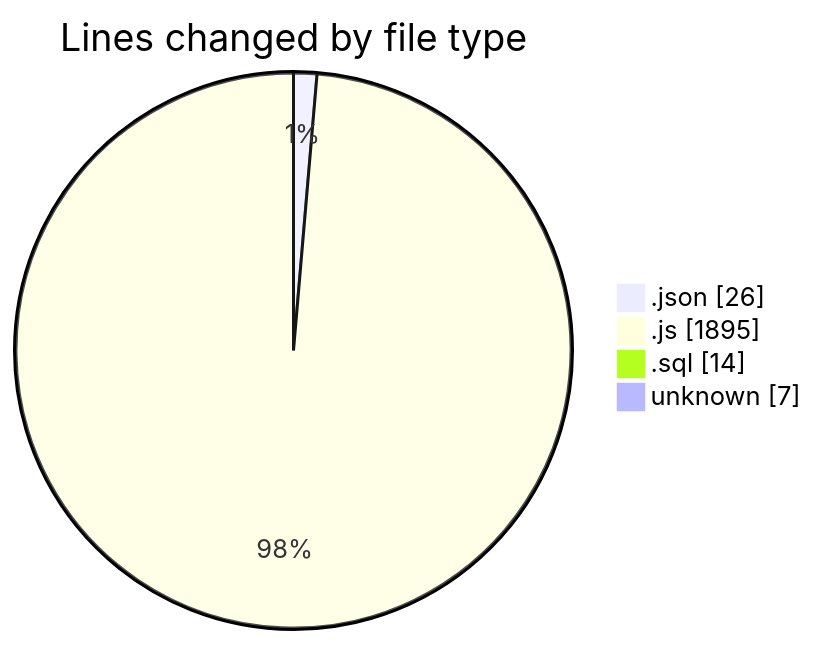
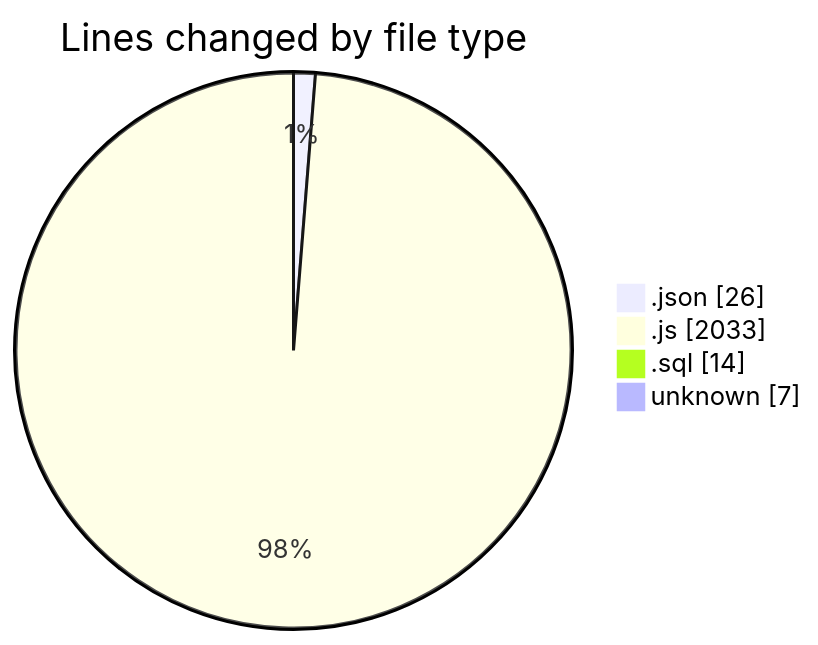
The first of 2 diagrams in 2025-09-10/cashcalc/README.md (nxtqubesakshisongat/code-tracking), drawn with Mermaid before and after one commit. The commit also changed other lines of this file and 1 other file, not shown here.

````diff
--- a/2025-09-10/cashcalc/README.md
+++ b/2025-09-10/cashcalc/README.md
@@ -36,8 +36,8 @@
 ```mermaid
 pie showData
 title Lines changed by file type
 ".json" : 26
-".js" : 1895
+".js" : 2033
 ".sql" : 14
 "unknown" : 7
 ```
````
